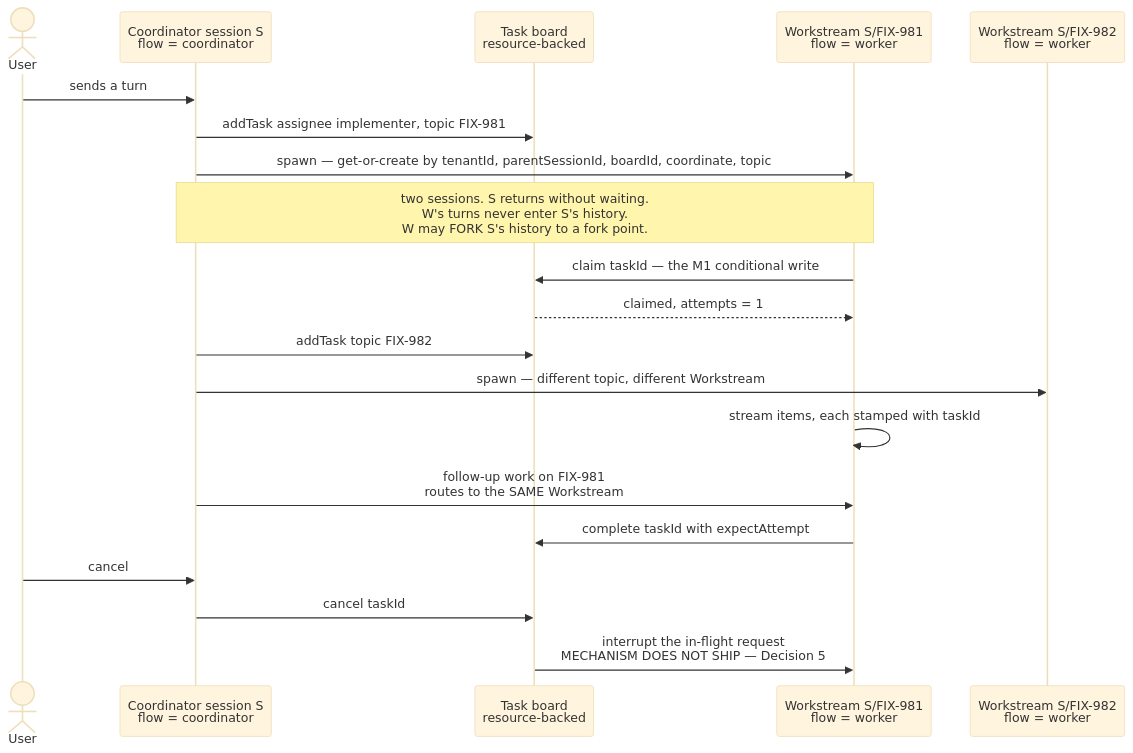
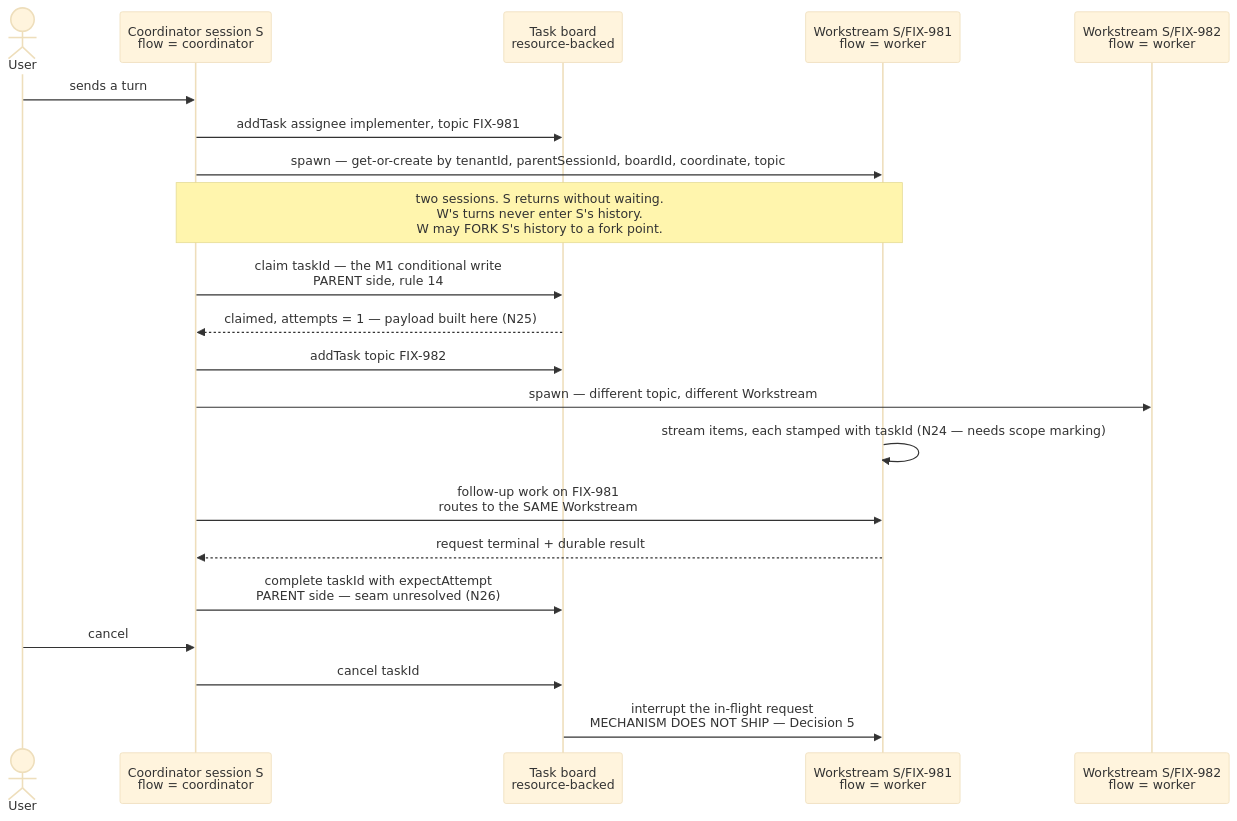
One commit to fixpoint-labs/flow-state-dev changed the first of 2 diagrams in docs/specs/_epics/durable-jobs.md. Above: the diagram before and after it, drawn with Mermaid (base theme). The commit also changed other lines of this file, not shown here.

First line of the commit message:
docs(epic): retract the lane-fence candidate; N26 settlement seam, N27 squattable ids

````diff
--- a/docs/specs/_epics/durable-jobs.md
+++ b/docs/specs/_epics/durable-jobs.md
@@ -39,23 +39,24 @@
 ```mermaid
 sequenceDiagram
   actor U as User
   participant C as Coordinator session S<br/>flow = coordinator
   participant B as Task board<br/>resource-backed
   participant W as Workstream S/FIX-981<br/>flow = worker
   participant W2 as Workstream S/FIX-982<br/>flow = worker
 
   U->>C: sends a turn
   C->>B: addTask assignee implementer, topic FIX-981
   C->>W: spawn — get-or-create by tenantId, parentSessionId, boardId, coordinate, topic
   Note over C,W: two sessions. S returns without waiting.<br/>W's turns never enter S's history.<br/>W may FORK S's history to a fork point.
-  W->>B: claim taskId — the M1 conditional write
-  B-->>W: claimed, attempts = 1
+  C->>B: claim taskId — the M1 conditional write<br/>PARENT side, rule 14
+  B-->>C: claimed, attempts = 1 — payload built here (N25)
   C->>B: addTask topic FIX-982
   C->>W2: spawn — different topic, different Workstream
-  W->>W: stream items, each stamped with taskId
+  W->>W: stream items, each stamped with taskId (N24 — needs scope marking)
   C->>W: follow-up work on FIX-981<br/>routes to the SAME Workstream
-  W->>B: complete taskId with expectAttempt
+  W-->>C: request terminal + durable result
+  C->>B: complete taskId with expectAttempt<br/>PARENT side — seam unresolved (N26)
   U->>C: cancel
   C->>B: cancel taskId
   B->>W: interrupt the in-flight request<br/>MECHANISM DOES NOT SHIP — Decision 5
 ```
````
